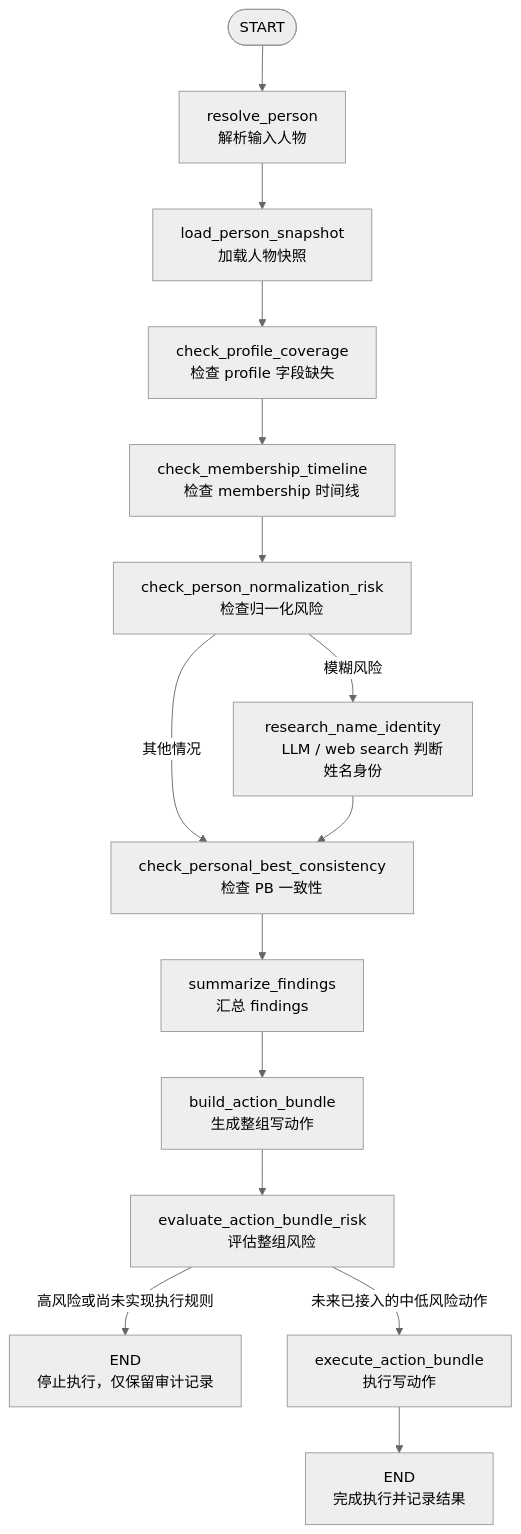
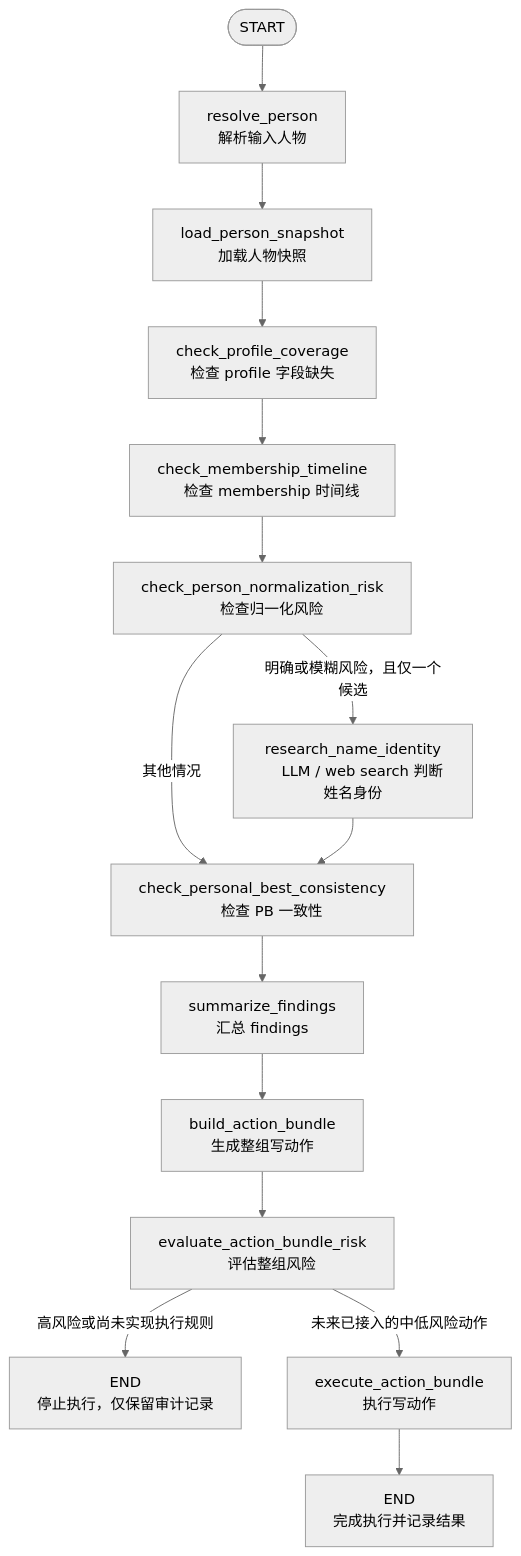
One commit to gelatoni-xh/personal-site changed the third of 3 diagrams in content/articles/2026-08-11-tasuki-keifu-agent-Graph结构图.md. Above: the diagram before and after it, drawn with Mermaid (neutral theme). The commit also changed other lines of this file and 1 other file, not shown here.

````diff
--- a/content/articles/2026-08-11-tasuki-keifu-agent-Graph结构图.md
+++ b/content/articles/2026-08-11-tasuki-keifu-agent-Graph结构图.md
@@ -167,30 +168,30 @@
 ```mermaid
 flowchart TD
     START([START]) --> RESOLVE["resolve_person
     解析输入人物"]
     RESOLVE --> SNAPSHOT["load_person_snapshot
     加载人物快照"]
     SNAPSHOT --> PROFILE["check_profile_coverage
     检查 profile 字段缺失"]
     PROFILE --> MEMBERSHIP["check_membership_timeline
     检查 membership 时间线"]
     MEMBERSHIP --> NORMALIZATION["check_person_normalization_risk
     检查归一化风险"]
-    NORMALIZATION -->|模糊风险| RESEARCH["research_name_identity
+    NORMALIZATION -->|明确或模糊风险，且仅一个候选| RESEARCH["research_name_identity
     LLM / web search 判断姓名身份"]
     NORMALIZATION -->|其他情况| PB["check_personal_best_consistency
     检查 PB 一致性"]
     RESEARCH --> PB
     PB --> SUMMARY["summarize_findings
     汇总 findings"]
     SUMMARY --> PLAN["build_action_bundle
     生成整组写动作"]
     PLAN --> RISK["evaluate_action_bundle_risk
     评估整组风险"]
     RISK -->|高风险或尚未实现执行规则| END_HOLD["END
     停止执行，仅保留审计记录"]
     RISK -->|未来已接入的中低风险动作| EXECUTE["execute_action_bundle
     执行写动作"]
     EXECUTE --> END_DONE["END
     完成执行并记录结果"]
 ```
````
